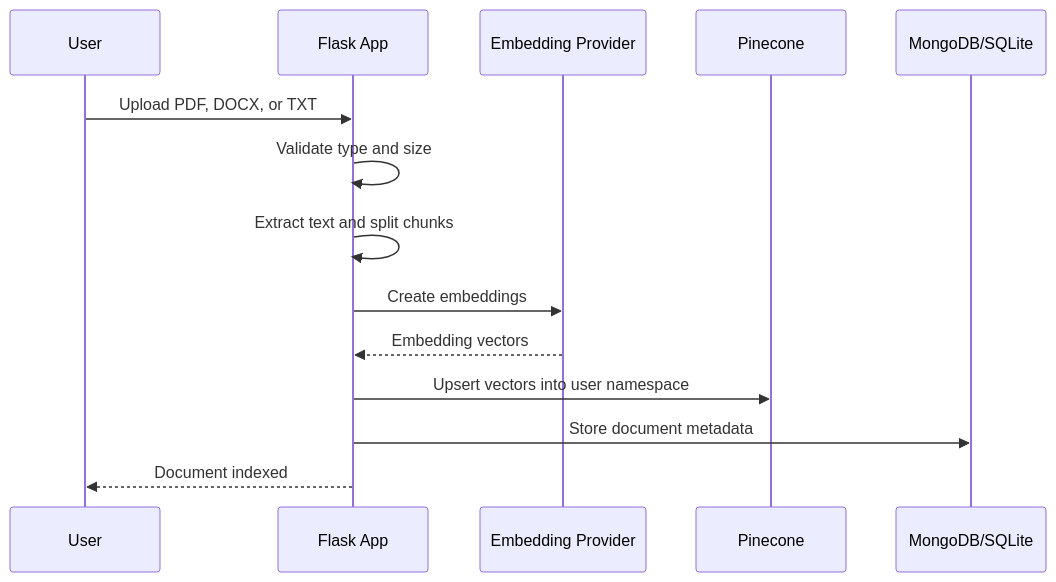
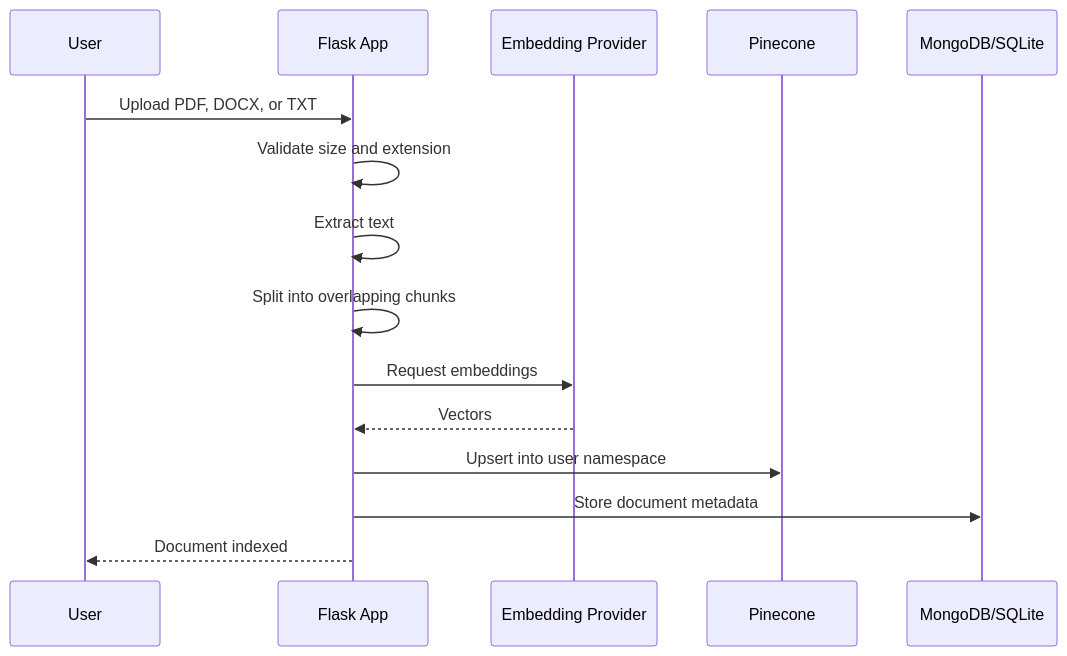
The third of 4 diagrams in README.md (Valo-Asura/custom_ai_bot), drawn with Mermaid before and after one commit. The commit also changed other lines of this file and 177 other files, not shown here.

````diff
--- a/README.md
+++ b/README.md
@@ -75,17 +103,18 @@
 ```mermaid
 sequenceDiagram
     participant U as User
     participant A as Flask App
     participant E as Embedding Provider
     participant P as Pinecone
     participant DB as MongoDB/SQLite
 
     U->>A: Upload PDF, DOCX, or TXT
-    A->>A: Validate type and size
-    A->>A: Extract text and split chunks
-    A->>E: Create embeddings
-    E-->>A: Embedding vectors
-    A->>P: Upsert vectors into user namespace
+    A->>A: Validate size and extension
+    A->>A: Extract text
+    A->>A: Split into overlapping chunks
+    A->>E: Request embeddings
+    E-->>A: Vectors
+    A->>P: Upsert into user namespace
     A->>DB: Store document metadata
     A-->>U: Document indexed
 ```
````
